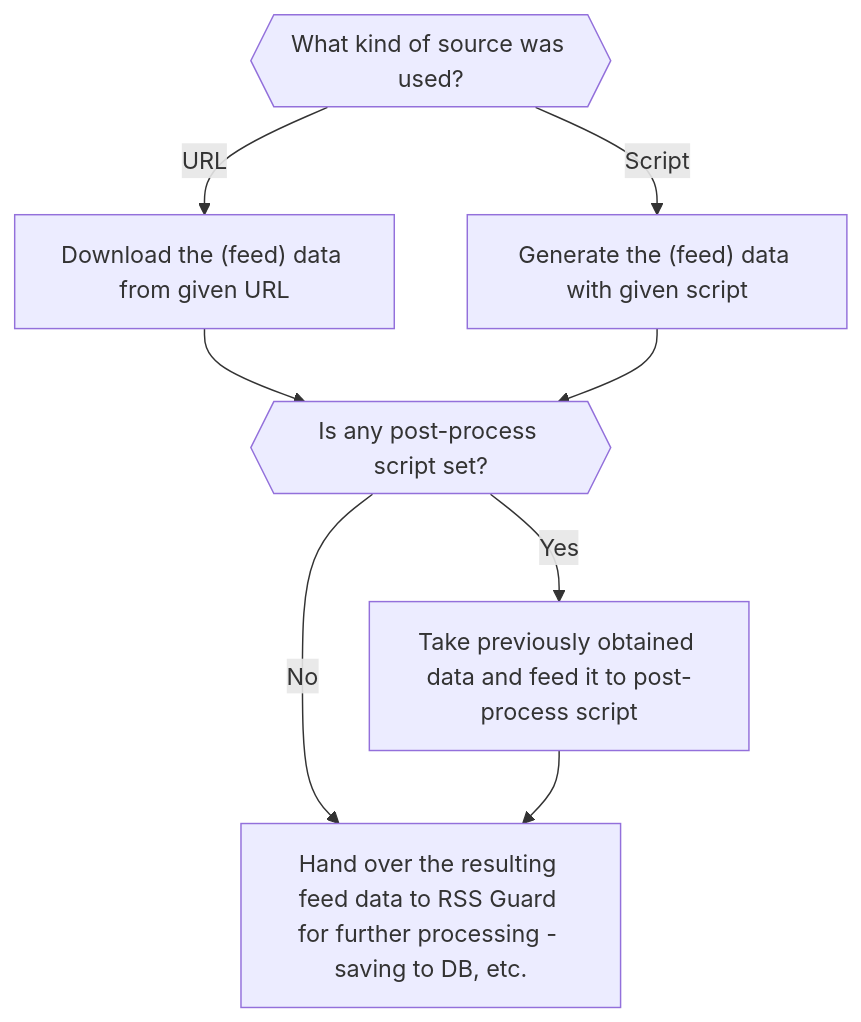
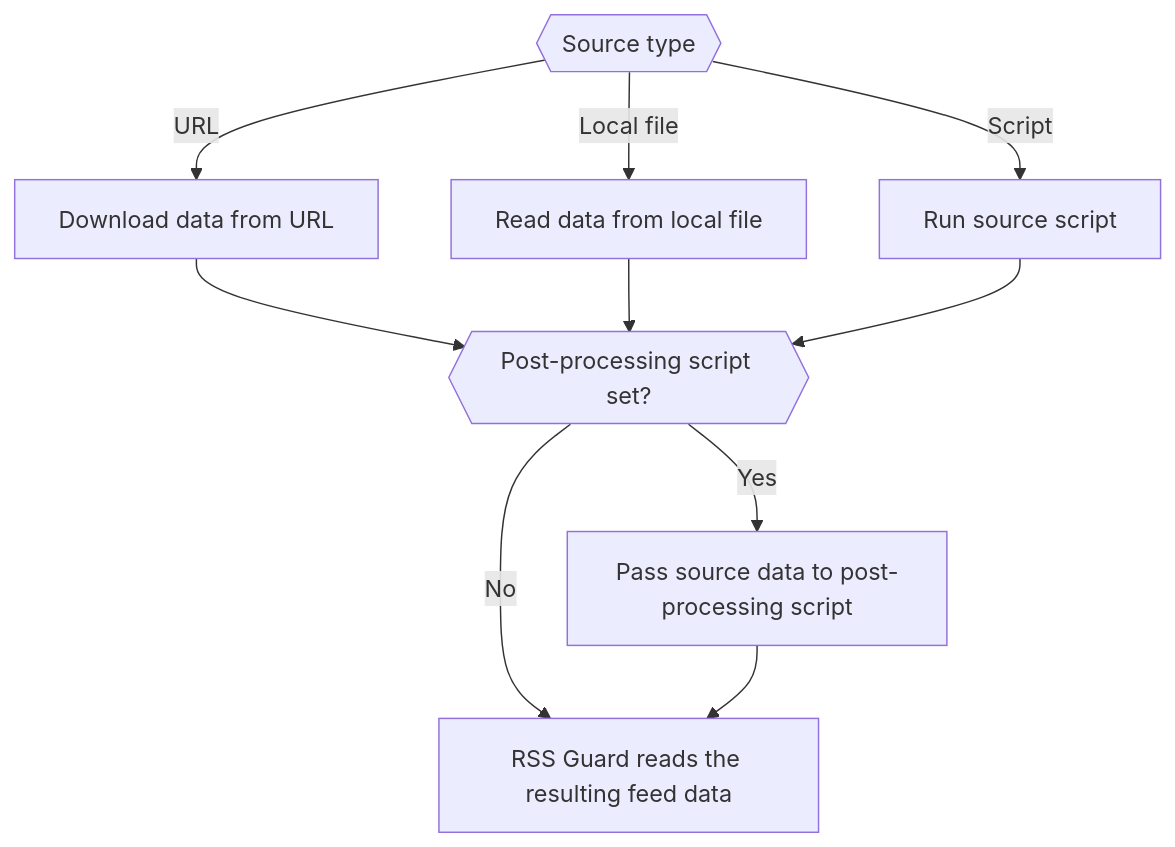
One commit to martinrotter/rssguard changed the diagram in docs/source/features/scraping.md. Above: the diagram before and after it, drawn with Mermaid. The commit also changed other lines of this file and 2 other files, not shown here.

````diff
--- a/docs/source/features/scraping.md
+++ b/docs/source/features/scraping.md
@@ -59,17 +58,20 @@
 ```{mermaid}
 flowchart TB
-  src{{"What kind of source was used?"}}
-  url["Download the (feed) data from given URL"]
-  scr["Generate the (feed) data with given script"]
-  pstd{{"Is any post-process script set?"}}
-  pst["Take previously obtained data and feed it to post-process script"]
-  fin["Hand over the resulting feed data to RSS Guard for further processing - saving to DB, etc."]
+  src{{"Source type"}}
+  url["Download data from URL"]
+  file["Read data from local file"]
+  scr["Run source script"]
+  pp{{"Post-processing script set?"}}
+  post["Pass source data to post-processing script"]
+  fin["RSS Guard reads the resulting feed data"]
 
   src-->|URL|url
+  src-->|Local file|file
   src-->|Script|scr
-  url-->pstd
-  scr-->pstd
-  pstd-->|Yes|pst
-  pstd-->|No|fin
-  pst-->fin
+  url-->pp
+  file-->pp
+  scr-->pp
+  pp-->|Yes|post
+  pp-->|No|fin
+  post-->fin
 ```
````
